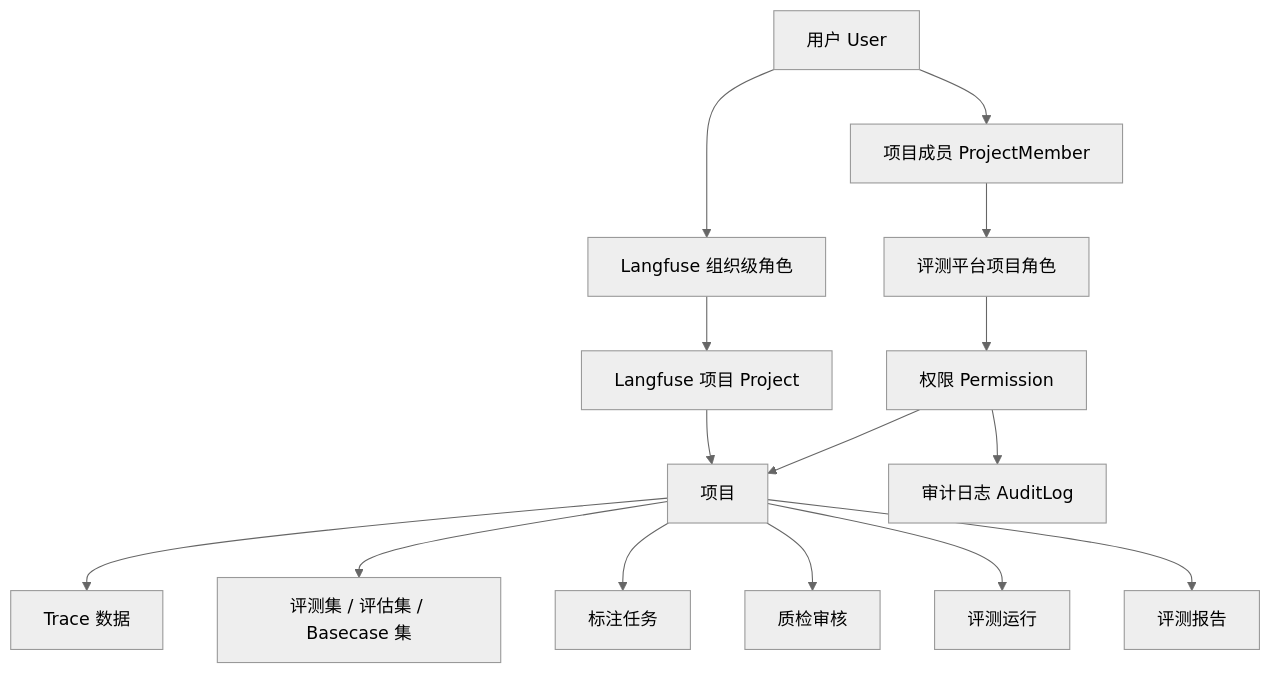
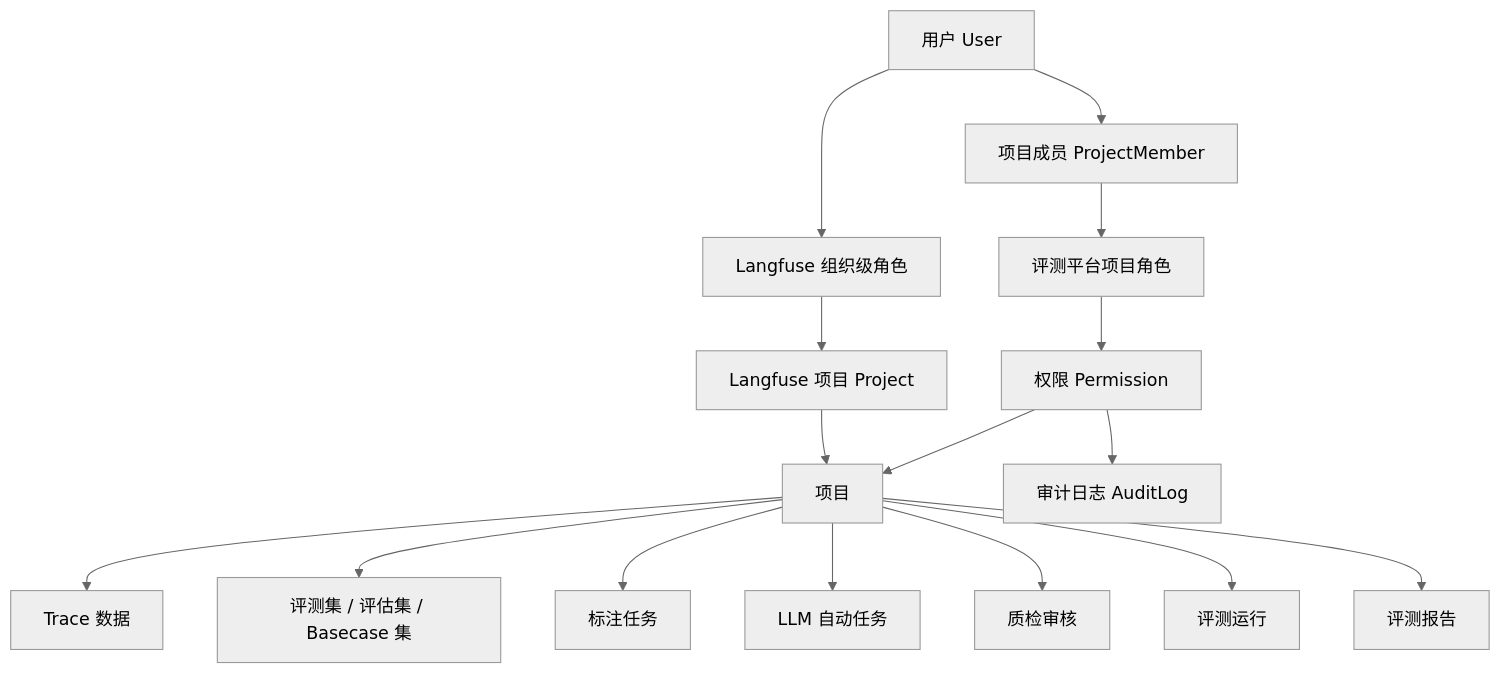
One commit to grady0304/langfuse-pro changed the first of 3 diagrams in 架构设计/权限管理体系设计.md. Above: the diagram before and after it, drawn with Mermaid (neutral theme). The commit also changed other lines of this file, not shown here.

Commit message:
docs: add permission management architecture design

````diff
--- a/架构设计/权限管理体系设计.md
+++ b/架构设计/权限管理体系设计.md
@@ -35,20 +35,21 @@
 ```mermaid
 flowchart TB
     User["用户 User"] --> OrgRole["Langfuse 组织级角色"]
     User --> ProjectMember["项目成员 ProjectMember"]
 
     OrgRole --> LangfuseProject["Langfuse 项目 Project"]
     ProjectMember --> PlatformRole["评测平台项目角色"]
     PlatformRole --> Permission["权限 Permission"]
 
     LangfuseProject --> ResourceProject["项目"]
     ResourceProject --> Trace["Trace 数据"]
     ResourceProject --> Dataset["评测集 / 评估集 / Basecase 集"]
     ResourceProject --> Annotation["标注任务"]
+    ResourceProject --> LlmTask["LLM 自动任务"]
     ResourceProject --> Review["质检审核"]
     ResourceProject --> EvalRun["评测运行"]
     ResourceProject --> Report["评测报告"]
 
     Permission --> ResourceProject
     Permission --> Audit["审计日志 AuditLog"]
 ```
````
